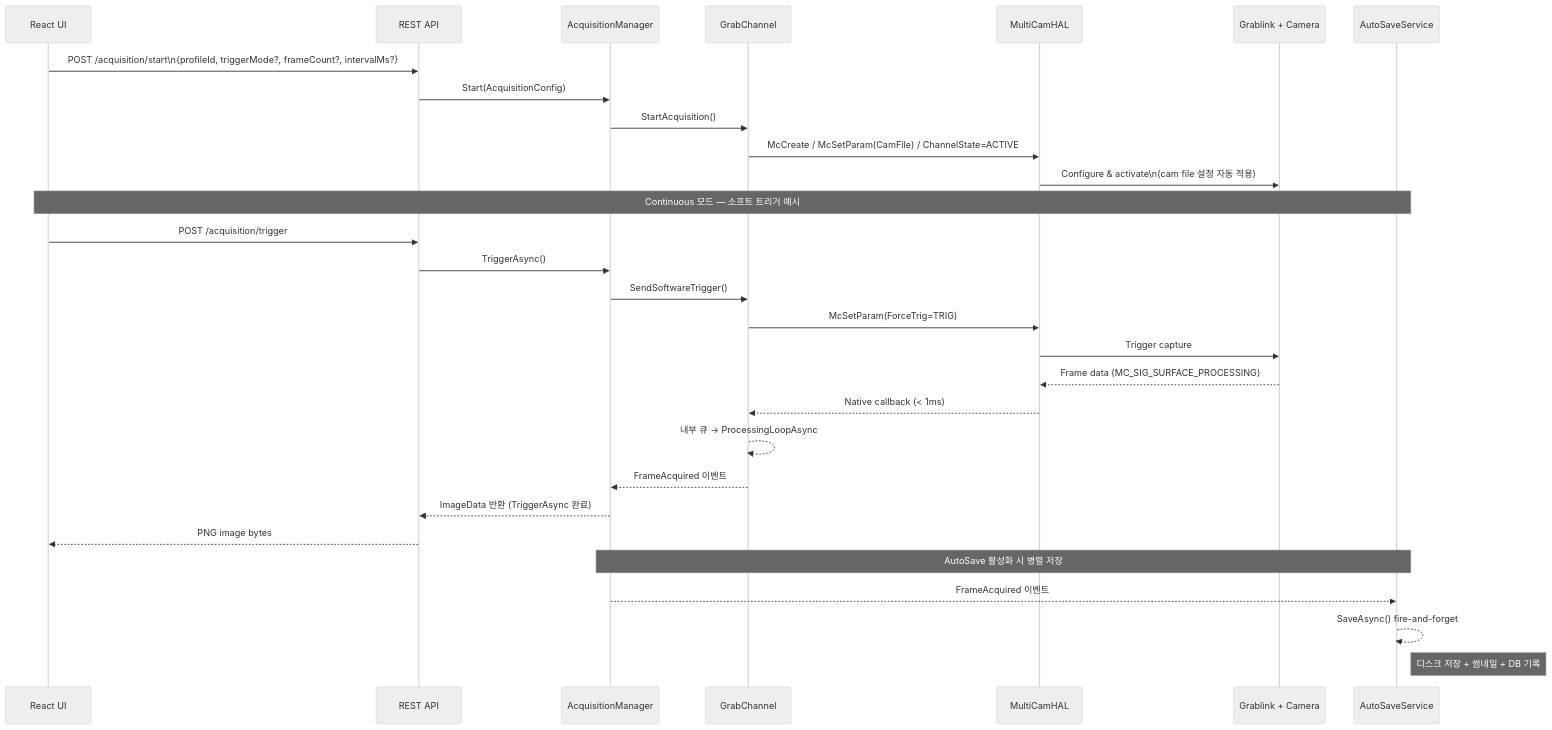
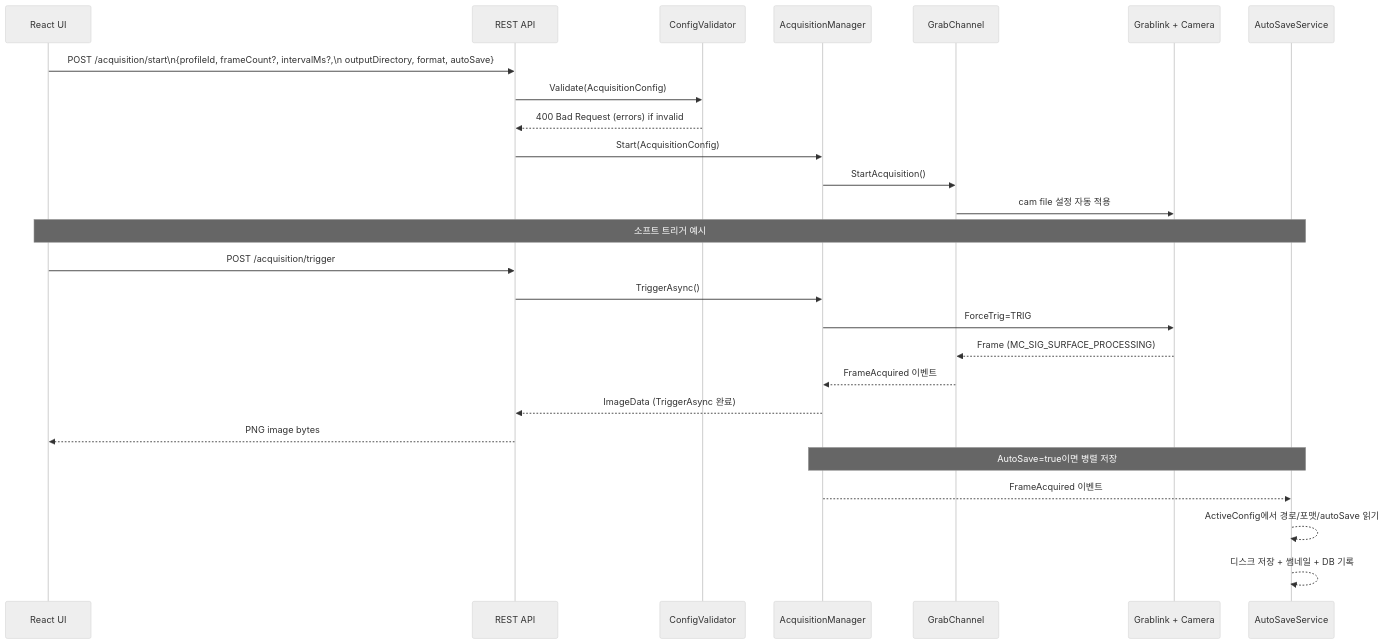
The second of 2 diagrams in OVERVIEW.md (peanudge/peanut-factory), drawn with Mermaid (neutral theme) before and after one commit. The commit also changed other lines of this file, not shown here.

````diff
--- a/OVERVIEW.md
+++ b/OVERVIEW.md
@@ -167,35 +155,32 @@
 ```mermaid
 sequenceDiagram
     participant UI as React UI
     participant API as REST API
+    participant VAL as ConfigValidator
     participant ACQM as AcquisitionManager
     participant CH as GrabChannel
-    participant HAL as MultiCamHAL
     participant HW as Grablink + Camera
     participant SAVE as AutoSaveService
 
-    UI->>API: POST /acquisition/start\n{profileId, triggerMode?, frameCount?, intervalMs?}
+    UI->>API: POST /acquisition/start\n{profileId, frameCount?, intervalMs?,\n outputDirectory, format, autoSave}
+    API->>VAL: Validate(AcquisitionConfig)
+    VAL-->>API: 400 Bad Request (errors) if invalid
     API->>ACQM: Start(AcquisitionConfig)
     ACQM->>CH: StartAcquisition()
-    CH->>HAL: McCreate / McSetParam(CamFile) / ChannelState=ACTIVE
-    HAL->>HW: Configure & activate\n(cam file 설정 자동 적용)
+    CH->>HW: cam file 설정 자동 적용
 
-    Note over UI,SAVE: Continuous 모드 — 소프트 트리거 예시
+    Note over UI,SAVE: 소프트 트리거 예시
     UI->>API: POST /acquisition/trigger
     API->>ACQM: TriggerAsync()
-    ACQM->>CH: SendSoftwareTrigger()
-    CH->>HAL: McSetParam(ForceTrig=TRIG)
-    HAL->>HW: Trigger capture
+    ACQM->>HW: ForceTrig=TRIG
 
-    HW-->>HAL: Frame data (MC_SIG_SURFACE_PROCESSING)
-    HAL-->>CH: Native callback (< 1ms)
-    CH-->>CH: 내부 큐 → ProcessingLoopAsync
+    HW-->>CH: Frame (MC_SIG_SURFACE_PROCESSING)
     CH-->>ACQM: FrameAcquired 이벤트
-    ACQM-->>API: ImageData 반환 (TriggerAsync 완료)
+    ACQM-->>API: ImageData (TriggerAsync 완료)
     API-->>UI: PNG image bytes
 
-    Note over ACQM,SAVE: AutoSave 활성화 시 병렬 저장
+    Note over ACQM,SAVE: AutoSave=true이면 병렬 저장
     ACQM-->>SAVE: FrameAcquired 이벤트
-    SAVE-->>SAVE: SaveAsync() fire-and-forget
-    Note right of SAVE: 디스크 저장 + 썸네일 + DB 기록
+    SAVE-->>SAVE: ActiveConfig에서 경로/포맷/autoSave 읽기
+    SAVE-->>SAVE: 디스크 저장 + 썸네일 + DB 기록
 ```
````
